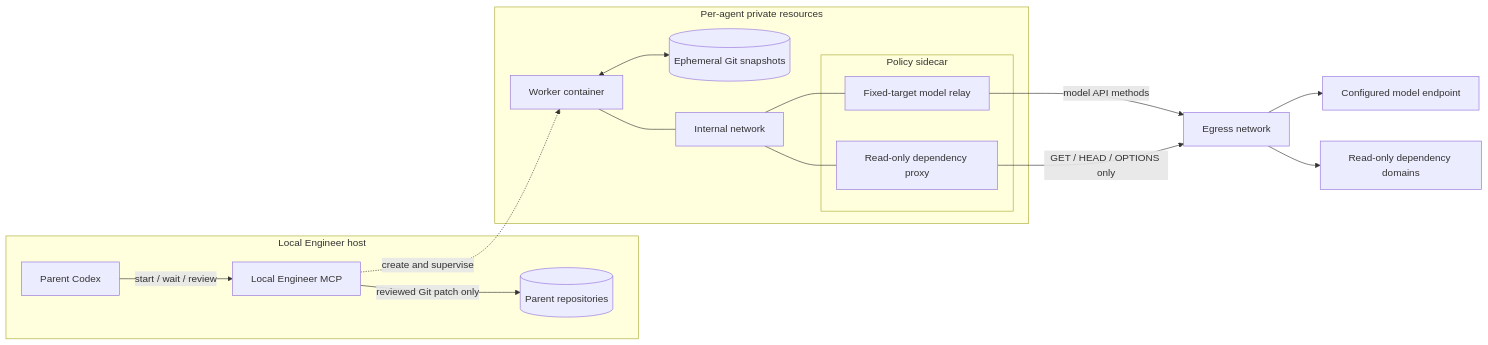
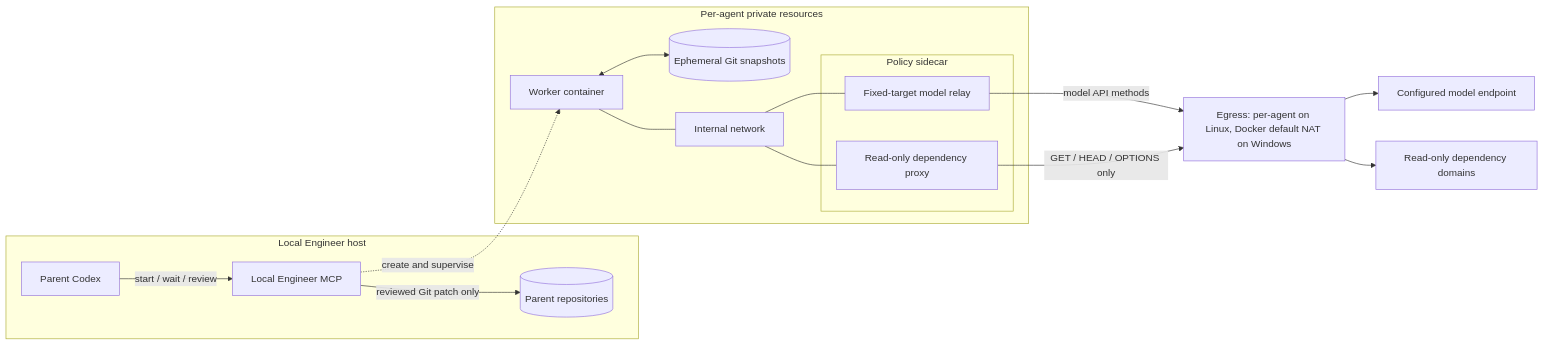
The first of 2 diagrams in README.md (neil-119/local-engineer-mcp), drawn with Mermaid before and after one commit. The commit also changed other lines of this file and 17 other files, not shown here.

````diff
--- a/README.md
+++ b/README.md
@@ -258,34 +258,34 @@
 ```mermaid
 flowchart LR
   subgraph Host["Local Engineer host"]
     P["Parent Codex"]
     M["Local Engineer MCP"]
     R[("Parent repositories")]
   end
 
   subgraph Private["Per-agent private resources"]
     W["Worker container"]
     V[("Ephemeral Git snapshots")]
     N["Internal network"]
     subgraph X["Policy sidecar"]
       Relay["Fixed-target model relay"]
       Proxy["Read-only dependency proxy"]
     end
   end
 
-  E["Egress network"]
+  E["Egress: per-agent on Linux, Docker default NAT on Windows"]
   L["Configured model endpoint"]
   D["Read-only dependency domains"]
 
   P -->|"start / wait / review"| M
   M -.->|"create and supervise"| W
   W <--> V
   W --- N
   N --- Relay
   N --- Proxy
   Relay -->|"model API methods"| E
   Proxy -->|"GET / HEAD / OPTIONS only"| E
   E --> L
   E --> D
   M -->|"reviewed Git patch only"| R
 ```
````
